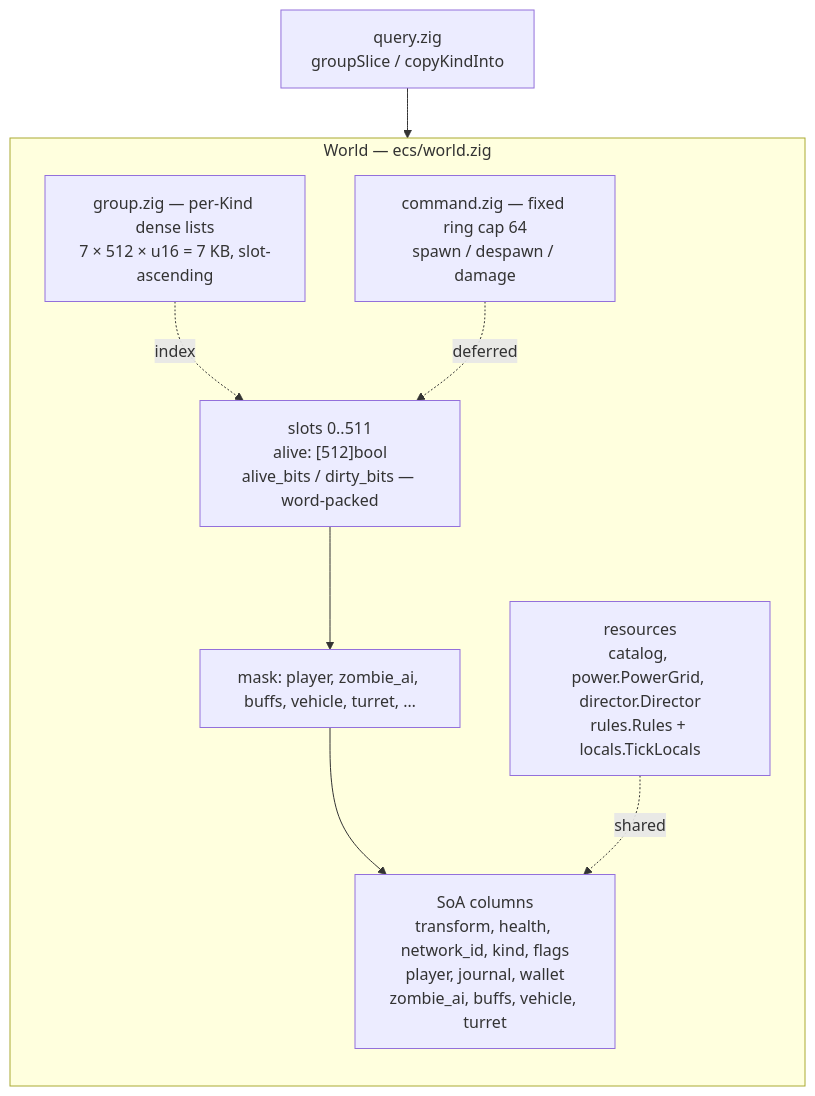
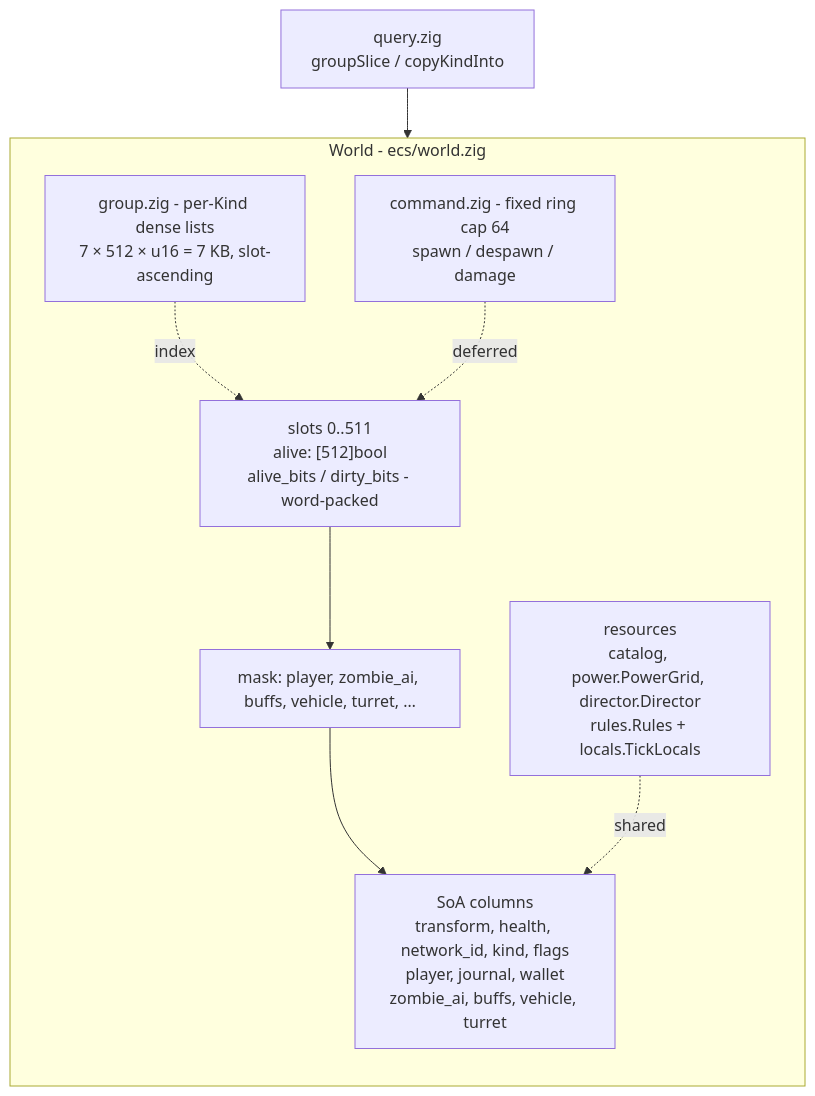
One commit to hordeforge/zdtd-server changed the ninth of 19 diagrams in docs/ARCHITECTURE.md. Above: the diagram before and after it, drawn with Mermaid. The commit also changed other lines of this file and 118 other files, not shown here.

````diff
--- a/docs/ARCHITECTURE.md
+++ b/docs/ARCHITECTURE.md
@@ -379,19 +379,19 @@
 ```mermaid
 flowchart TB
-    subgraph world["World — ecs/world.zig"]
+    subgraph world["World - ecs/world.zig"]
         direction TB
-        SLOTS["slots 0..511<br/>alive: [512]bool<br/>alive_bits / dirty_bits — word-packed"]
+        SLOTS["slots 0..511<br/>alive: [512]bool<br/>alive_bits / dirty_bits - word-packed"]
         MASK["mask: player, zombie_ai, buffs, vehicle, turret, …"]
         COLS["SoA columns<br/>transform, health, network_id, kind, flags<br/>player, journal, wallet<br/>zombie_ai, buffs, vehicle, turret"]
         RES["resources<br/>catalog, power.PowerGrid, director.Director<br/>rules.Rules + locals.TickLocals"]
-        GROUPS["group.zig — per-Kind dense lists<br/>7 × 512 × u16 = 7 KB, slot-ascending"]
-        CMD["command.zig — fixed ring cap 64<br/>spawn / despawn / damage"]
+        GROUPS["group.zig - per-Kind dense lists<br/>7 × 512 × u16 = 7 KB, slot-ascending"]
+        CMD["command.zig - fixed ring cap 64<br/>spawn / despawn / damage"]
         SLOTS --> MASK --> COLS
         RES -. shared .-> COLS
         GROUPS -. index .-> SLOTS
         CMD -. deferred .-> SLOTS
     end
 
     QUERY["query.zig<br/>groupSlice / copyKindInto"]
     QUERY --> world
 ```
````
